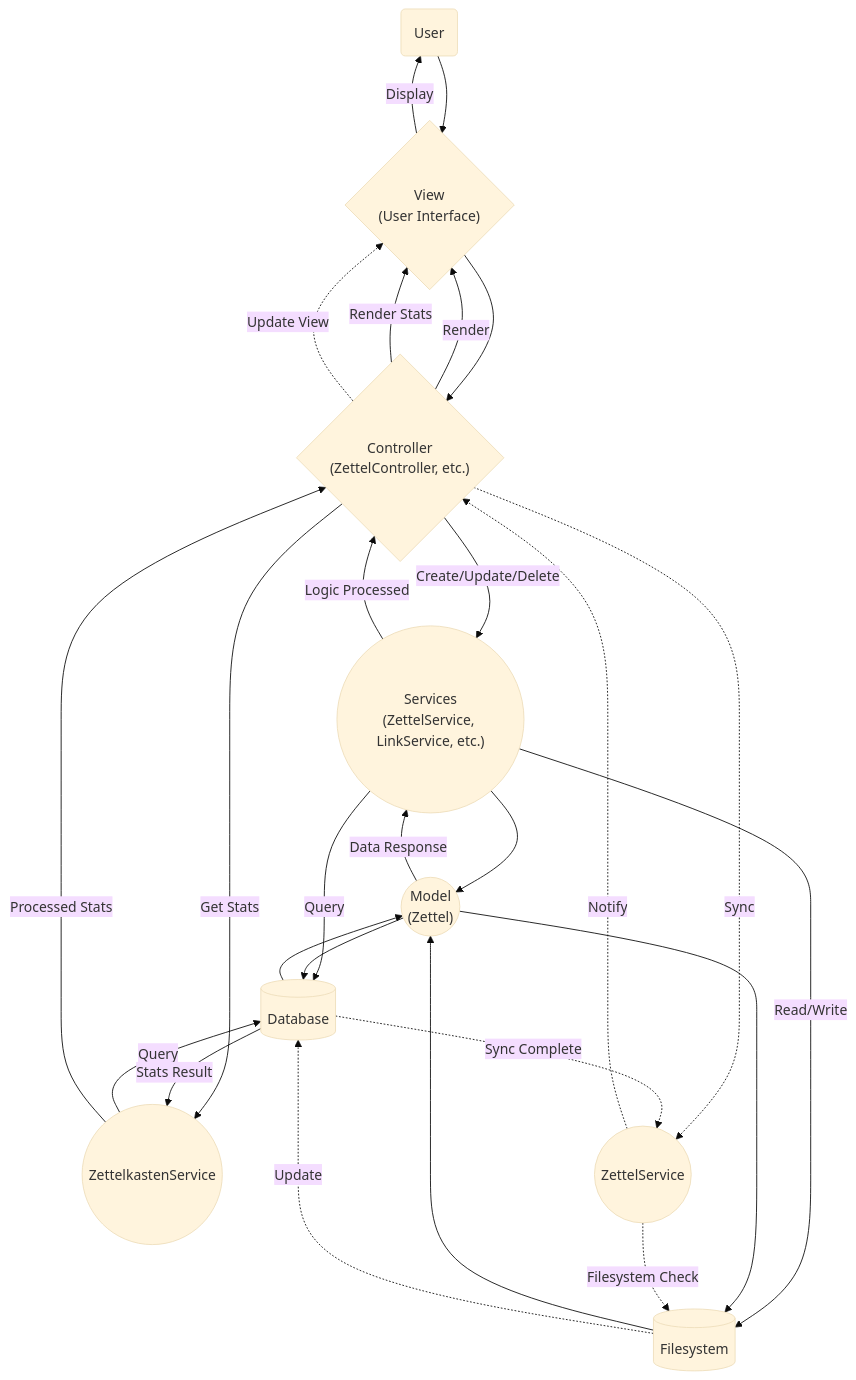
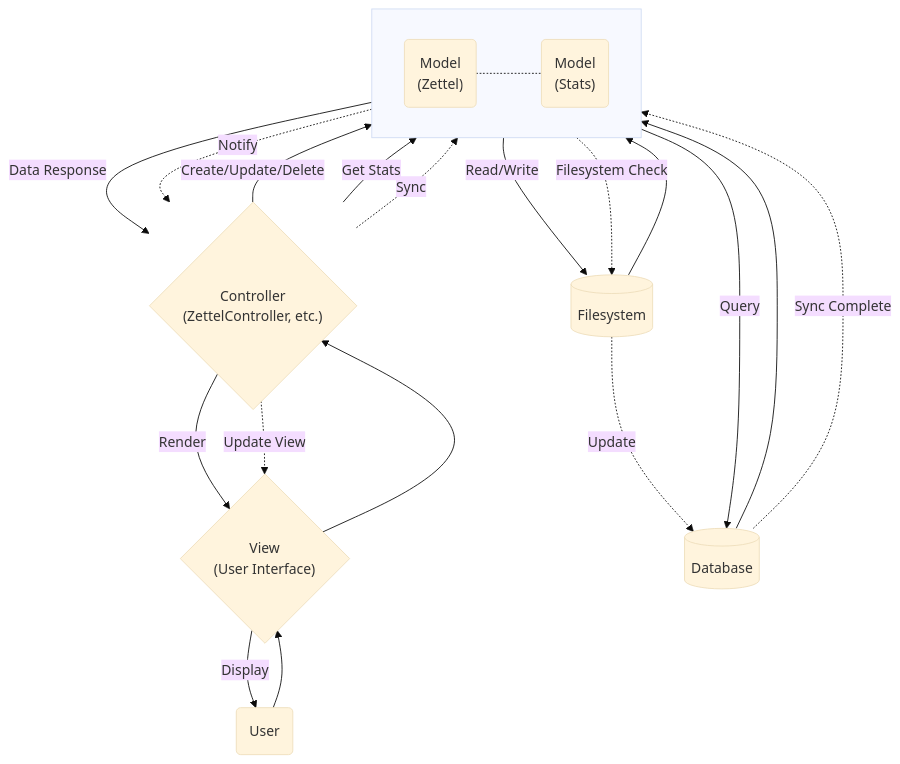
Before and after one commit to Odas0R/zet-cmd: the second of 2 diagrams in ARCHITECTURE.md, drawn with Mermaid (base theme). The commit also changed other lines of this file, not shown here.

Commit message:
updated architecture

````diff
--- a/ARCHITECTURE.md
+++ b/ARCHITECTURE.md
@@ -99,30 +97,33 @@
 ```mermaid
+
 flowchart TD
     User("User") --> View{"View\n(User Interface)"}
     View --> Controller{"Controller\n(ZettelController, etc.)"}
-    Controller -->|Create/Update/Delete| Service(("Services\n(ZettelService, LinkService, etc.)"))
-    Service --> Model(("Model\n(Zettel)"))
-    Service -->|Query| DB[(Database)]
-    Service -->|Read/Write| FS[(Filesystem)]
-    Model --> DB
-    Model --> FS
-    DB --> Model
-    FS --> Model
-    Model -->|Data Response| Service
-    Service -->|Logic Processed| Controller
+
+    subgraph ModelLayer [" "]
+    direction LR
+    ZM("Model\n(Zettel)") -.- SM("Model\n(Stats)")
+    end
+
+    Controller -->|Create/Update/Delete| ModelLayer
+    Controller -->|Get Stats| ModelLayer
+
+    ModelLayer -->|Query| DB[(Database)]
+    ModelLayer -->|Read/Write| FS[(Filesystem)]
+
+    DB --> ModelLayer
+    FS --> ModelLayer
+
+    ModelLayer -->|Data Response| Controller
+
     Controller -->|Render| View
     View -->|Display| User
 
-    Controller -->|Get Stats| ZKS(("ZettelkastenService"))
-    ZKS -->|Query| DB
-    DB -->|Stats Result| ZKS
-    ZKS -->|Processed Stats| Controller
-    Controller -->|Render Stats| View
+    Controller -.->|Sync| ModelLayer
+    ModelLayer -.->|Filesystem Check| FS
+    FS -.->|Update| DB
+    DB -.->|Sync Complete| ModelLayer
+    ModelLayer -.->|Notify| Controller
+    Controller -.->|Update View| View
 
-    Controller -.->|Sync| ZS(("ZettelService"))
-    ZS -.->|Filesystem Check| FS
-    FS -.->|Update| DB
-    DB -.->|Sync Complete| ZS
-    ZS -.->|Notify| Controller
-    Controller -.->|Update View| View
 ```
````
